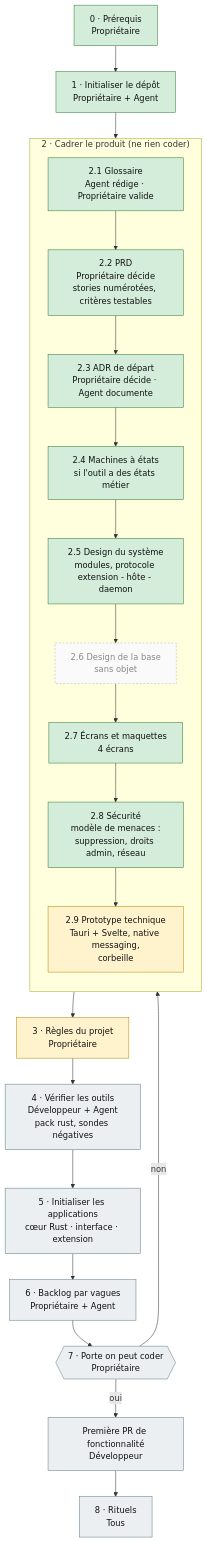
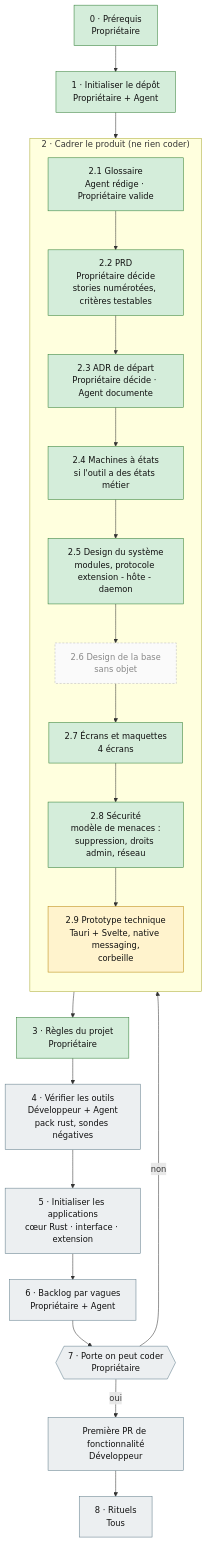
One commit to AresGn/Breathly changed the diagram in docs/parcours.md. Above: the diagram before and after it, drawn with Mermaid. The commit also changed other lines of this file and 6 other files, not shown here.

````diff
--- a/docs/parcours.md
+++ b/docs/parcours.md
@@ -21,36 +21,36 @@
 ```mermaid
 flowchart TD
     A0["0 · Prérequis<br/>Propriétaire"] --> A1["1 · Initialiser le dépôt<br/>Propriétaire + Agent"]
     A1 --> B
 
     subgraph B["2 · Cadrer le produit (ne rien coder)"]
         direction TB
         B1["2.1 Glossaire<br/>Agent rédige · Propriétaire valide"] --> B2["2.2 PRD<br/>Propriétaire décide<br/>stories numérotées, critères testables"]
         B2 --> B3["2.3 ADR de départ<br/>Propriétaire décide · Agent documente"]
         B3 --> B4["2.4 Machines à états<br/>si l'outil a des états métier"]
         B4 --> B5["2.5 Design du système<br/>modules, protocole extension - hôte - daemon"]
         B5 --> B6["2.6 Design de la base<br/>sans objet"]
         B6 --> B7["2.7 Écrans et maquettes<br/>4 écrans"]
         B7 --> B8["2.8 Sécurité<br/>modèle de menaces :<br/>suppression, droits admin, réseau"]
         B8 --> B9["2.9 Prototype technique<br/>Tauri + Svelte, native messaging,<br/>corbeille"]
     end
 
     B --> C["3 · Règles du projet<br/>Propriétaire"]
     C --> D["4 · Vérifier les outils<br/>Développeur + Agent<br/>pack rust, sondes négatives"]
     D --> E["5 · Initialiser les applications<br/>cœur Rust · interface · extension"]
     E --> F["6 · Backlog par vagues<br/>Propriétaire + Agent"]
     F --> G{{"7 · Porte on peut coder<br/>Propriétaire"}}
     G -- non --> B
     G -- oui --> H["Première PR de fonctionnalité<br/>Développeur"]
     H --> I["8 · Rituels<br/>Tous"]
 
     classDef done fill:#d4edda,stroke:#2e7d32,color:#111
     classDef progress fill:#fff3cd,stroke:#b8860b,color:#111
     classDef todo fill:#eceff1,stroke:#607d8b,color:#111
     classDef na fill:#fafafa,stroke:#bbb,stroke-dasharray: 4 3,color:#888
     class A0,A1,B1,B2,B3,B4,B5,B7,B8 done
-    class C progress
+    class C done
     class D,E,F,G,H,I todo
     class B9 progress
     class B6 na
 ```
````
